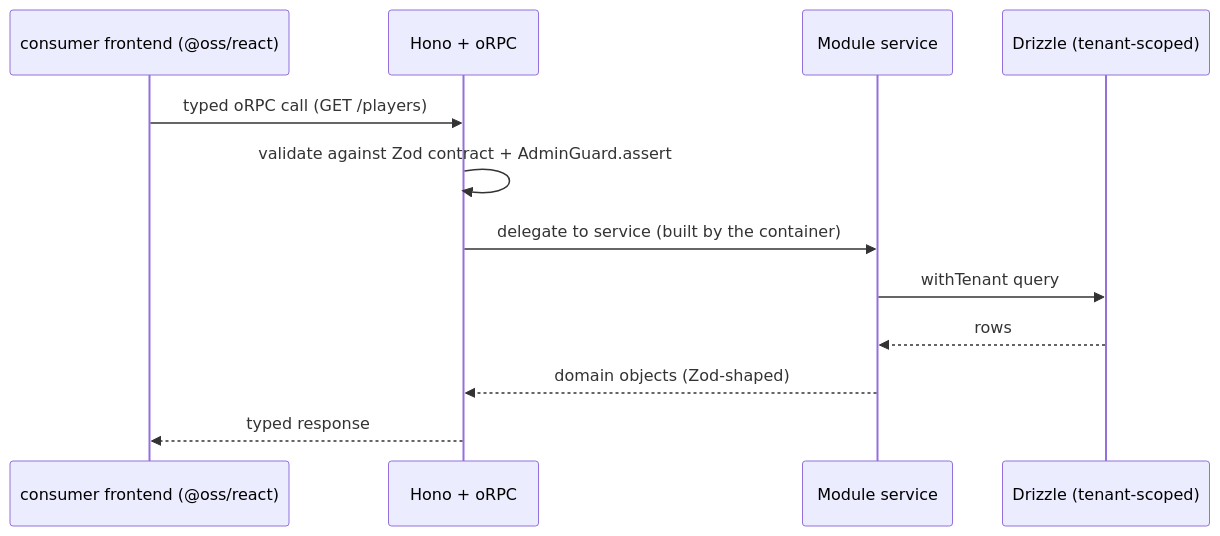
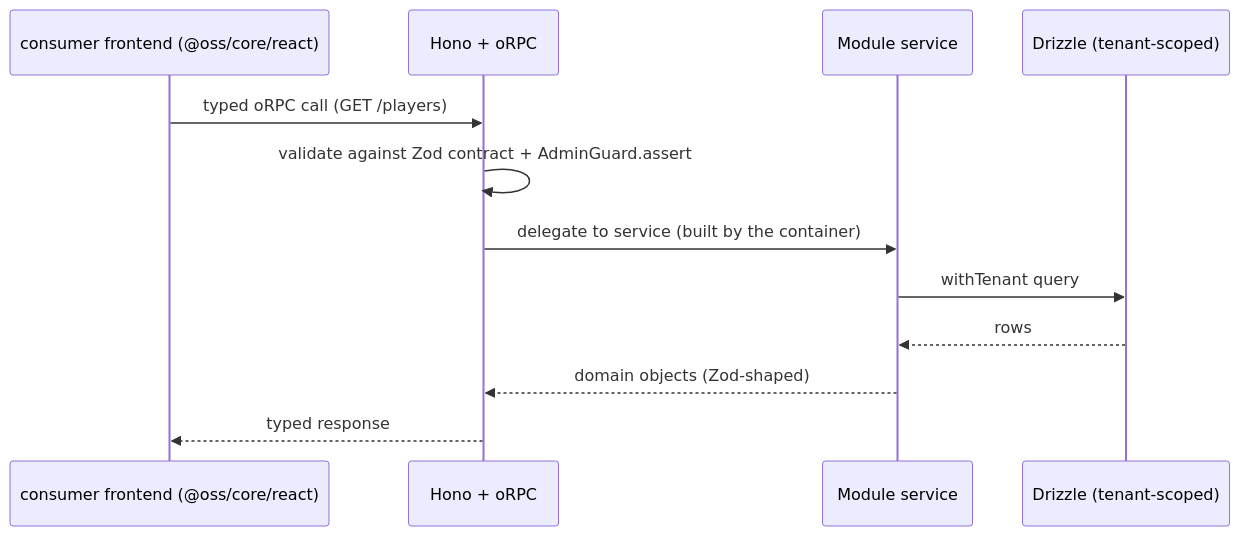
The second of 2 diagrams in docs/architecture.md (blurifycom/openora), drawn with Mermaid before and after one commit. The commit also changed other lines of this file and 544 other files, not shown here.

Commit message:
refactor: single @oss/core package (ADR-0025)

````diff
--- a/docs/architecture.md
+++ b/docs/architecture.md
@@ -125,15 +133,15 @@
 ```mermaid
 sequenceDiagram
-  participant UI as consumer frontend (@oss/react)
+  participant UI as consumer frontend (@oss/core/react)
   participant API as Hono + oRPC
   participant Mod as Module service
   participant DB as Drizzle (tenant-scoped)
 
   UI->>API: typed oRPC call (GET /players)
   API->>API: validate against Zod contract + AdminGuard.assert
   API->>Mod: delegate to service (built by the container)
   Mod->>DB: withTenant query
   DB-->>Mod: rows
   Mod-->>API: domain objects (Zod-shaped)
   API-->>UI: typed response
 ```
````
